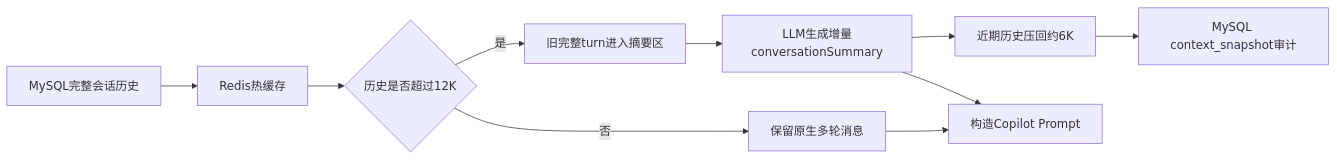
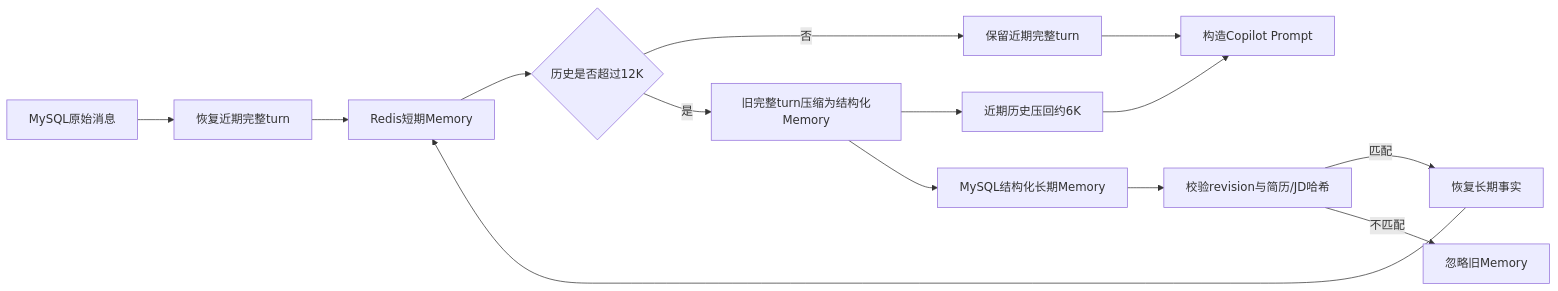
The diagram in reports/copilot_context_compression_20260820/COPILOT_CONTEXT_COMPRESSION.md (iTomGeller/ResumAI-Agent), drawn with Mermaid before and after one commit. The commit also changed other lines of this file and 5 other files, not shown here.

````diff
--- a/reports/copilot_context_compression_20260820/COPILOT_CONTEXT_COMPRESSION.md
+++ b/reports/copilot_context_compression_20260820/COPILOT_CONTEXT_COMPRESSION.md
@@ -32,12 +34,16 @@
 ```mermaid
 flowchart LR
-    A[MySQL完整会话历史] --> B[Redis热缓存]
-    B --> C{历史是否超过12K}
-    C -->|否| D[保留原生多轮消息]
-    C -->|是| E[旧完整turn进入摘要区]
-    E --> F[LLM生成增量conversationSummary]
-    F --> G[近期历史压回约6K]
-    G --> H[MySQL context_snapshot审计]
-    D --> I[构造Copilot Prompt]
-    F --> I
+    A[MySQL原始消息] --> B[恢复近期完整turn]
+    C[MySQL结构化长期Memory] --> D[校验revision与简历/JD哈希]
+    D -->|匹配| E[恢复长期事实]
+    D -->|不匹配| F[忽略旧Memory]
+    B --> G[Redis短期Memory]
+    E --> G
+    G --> H{历史是否超过12K}
+    H -->|否| I[保留近期完整turn]
+    H -->|是| J[旧完整turn压缩为结构化Memory]
+    J --> K[近期历史压回约6K]
+    I --> L[构造Copilot Prompt]
+    K --> L
+    J --> C
 ```
````
